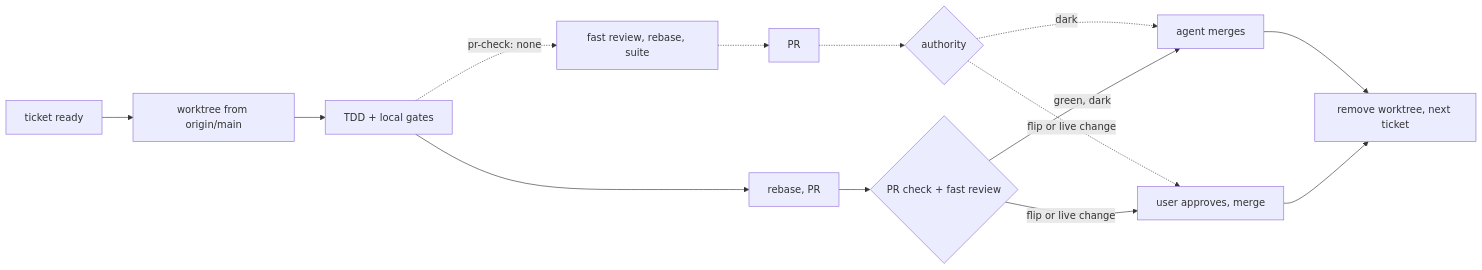
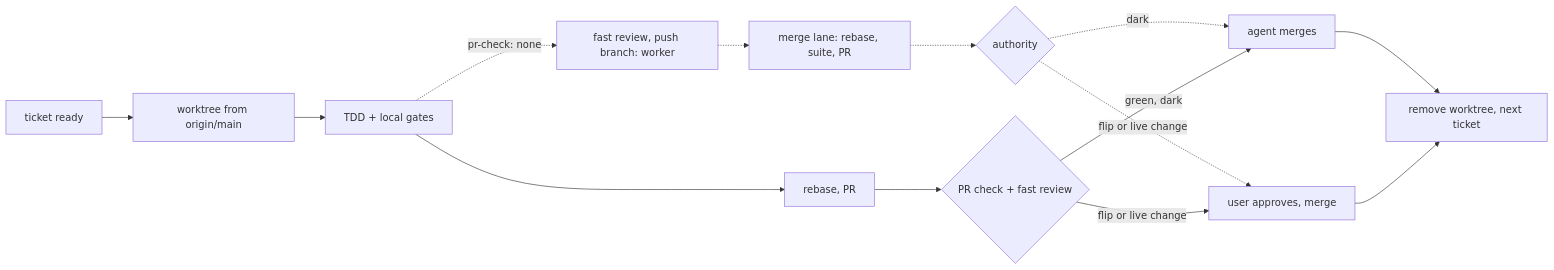
Before and after one commit to ivanDsky/skills: the diagram in skills/ship-to-trunk/SKILL.md, drawn with Mermaid. The commit also changed other lines of this file and 6 other files, not shown here.

Commit message:
feat(ship-to-trunk): orchestrator merge lane for pr-check none

````diff
--- a/skills/ship-to-trunk/SKILL.md
+++ b/skills/ship-to-trunk/SKILL.md
@@ -61,16 +62,14 @@
 ```mermaid
 flowchart LR
   A[ticket ready] --> B[worktree from origin/main]
   B --> C[TDD + local gates]
   C --> D[rebase, PR]
   D --> E{PR check + fast review}
-  C -.->|pr-check: none| N[fast review, rebase, suite]
-  N -.-> P[PR]
-  P -.-> E2{authority}
+  C -.->|pr-check: none| N[fast review, push branch: worker] -.-> L[merge lane: rebase, suite, PR] -.-> E2{authority}
   E2 -.->|dark| F
   E2 -.->|flip or live change| G
   E -->|green, dark| F[agent merges]
   E -->|flip or live change| G[user approves, merge]
   F --> H[remove worktree, next ticket]
   G --> H
 ```
````
